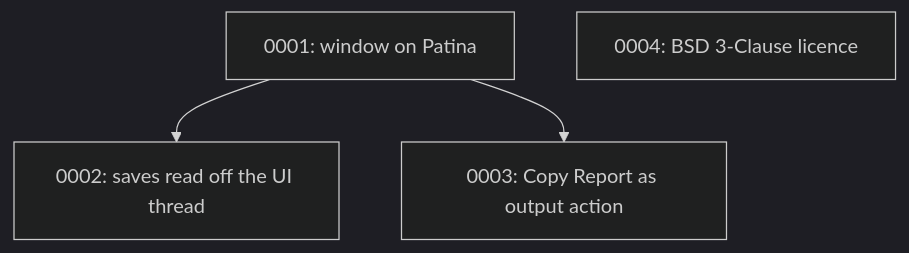
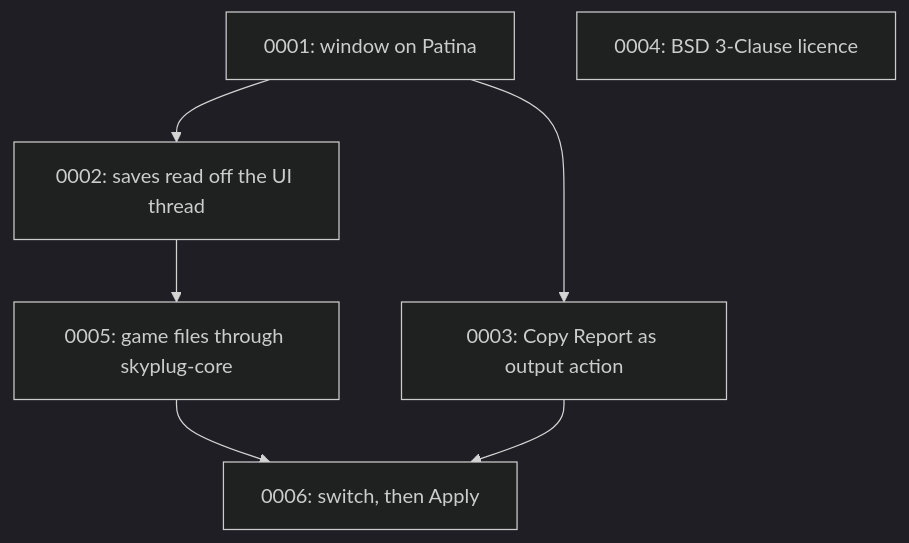
Before and after one commit to divanvisagie/arcanaeum: the diagram in docs/adr/README.md, drawn with Mermaid (dark theme). The commit also changed other lines of this file and 31 other files, not shown here.

First line of the commit message:
Manage the load order through skyplug-core, and install like the other apps

````diff
--- a/docs/adr/README.md
+++ b/docs/adr/README.md
@@ -52,6 +54,9 @@
 ```mermaid
 flowchart TD
     A[0001: window on Patina] --> B[0002: saves read off the UI thread]
     A --> C[0003: Copy Report as output action]
     D[0004: BSD 3-Clause licence]
+    E[0005: game files through skyplug-core] --> F[0006: switch, then Apply]
+    B --> E
+    C --> F
 ```
````
